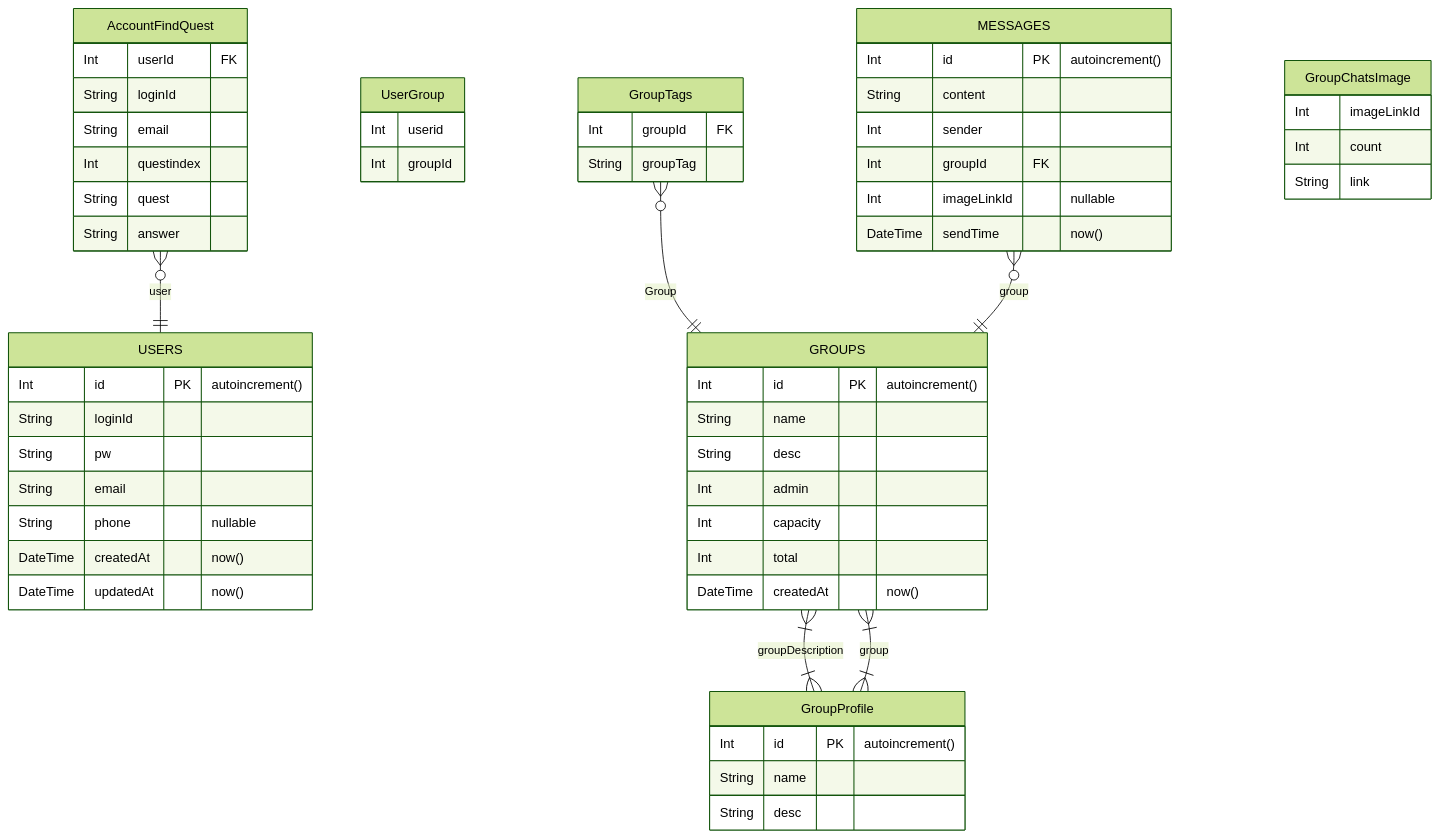
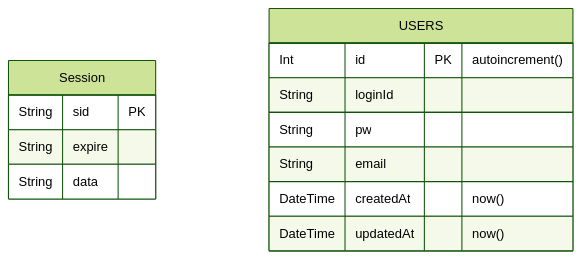
The diagram in prisma/ERD.md (LuticaCANARD/Lutica_KNUT_Web_final), drawn with Mermaid (forest theme) before and after one commit. The commit also changed 5 other files, not shown here.

````diff
--- a/prisma/ERD.md
+++ b/prisma/ERD.md
@@ -1,61 +1,17 @@
 ```mermaid
 erDiagram
+	Session {
+		String sid PK
+		String expire
+		String data
+	}
 	USERS {
 		Int id PK  "autoincrement()"
 		String loginId
 		String pw
 		String email
-		String phone  "nullable"
 		DateTime createdAt  "now()"
 		DateTime updatedAt  "now()"
 	}
-	AccountFindQuest {
-		Int userId FK
-		String loginId
-		String email
-		Int questindex
-		String quest
-		String answer
-	}
-	UserGroup {
-		Int userid
-		Int groupId
-	}
-	GROUPS {
-		Int id PK  "autoincrement()"
-		String name
-		String desc
-		Int admin
-		Int capacity
-		Int total
-		DateTime createdAt  "now()"
-	}
-	GroupTags {
-		Int groupId FK
-		String groupTag
-	}
-	MESSAGES {
-		Int id PK  "autoincrement()"
-		String content
-		Int sender
-		Int groupId FK
-		Int imageLinkId  "nullable"
-		DateTime sendTime  "now()"
-	}
-	GroupProfile {
-		Int id PK  "autoincrement()"
-		String name
-		String desc
-	}
-	GroupChatsImage {
-		Int imageLinkId
-		Int count
-		String link
-	}
-	AccountFindQuest }o--|| USERS : user
-	GROUPS }|--|{ GroupProfile : groupDescription
-	GroupTags }o--|| GROUPS : Group
-	MESSAGES }o--|| GROUPS : group
-	GroupProfile }|--|{ GROUPS : group
 
 ```
````
